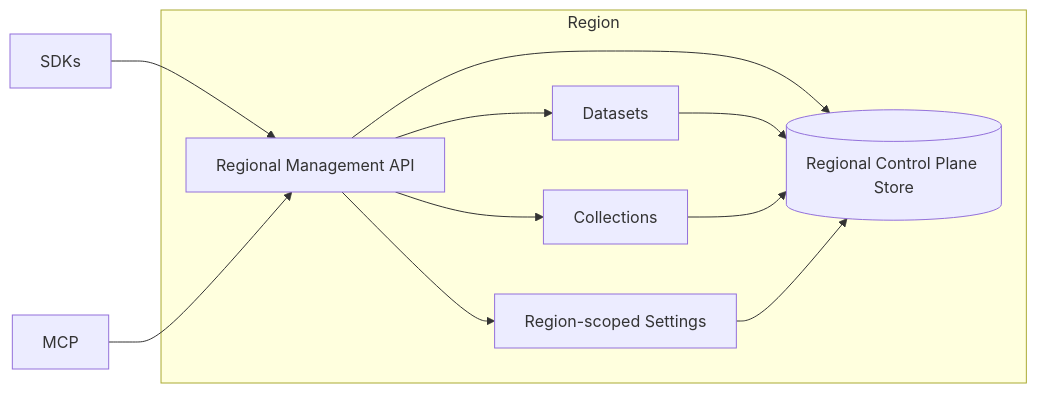
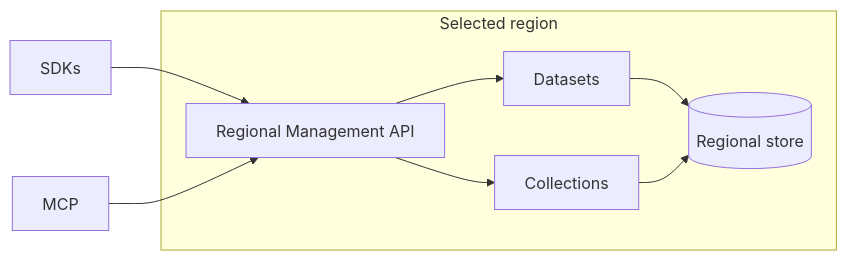
The third of 6 diagrams in docs/architecture.mdx (topk-io/topk), drawn with Mermaid before and after one commit. The commit also changed other lines of this file, not shown here.

````diff
--- a/docs/architecture.mdx
+++ b/docs/architecture.mdx
@@ -131,16 +128,13 @@
 ```mermaid
 flowchart LR
-    SDK[SDKs] --> RegionalAPI[Regional Management API]
-    MCP[MCP] --> RegionalAPI
-
-    subgraph Region[Region]
+    subgraph SelectedRegion[Selected region]
+        RegionalAPI[Regional Management API]
         RegionalAPI --> Datasets[Datasets]
         RegionalAPI --> Collections[Collections]
-        RegionalAPI --> Settings[Region-scoped Settings]
-        RegionalAPI --> Store[(Regional Control Plane Store)]
+        Datasets --> RegionalStore[(Regional store)]
+        Collections --> RegionalStore
+    end
 
-        Datasets --> Store
-        Collections --> Store
-        Settings --> Store
-    end
+    SDK[SDKs] --> RegionalAPI
+    MCP[MCP] --> RegionalAPI
 ```
````
